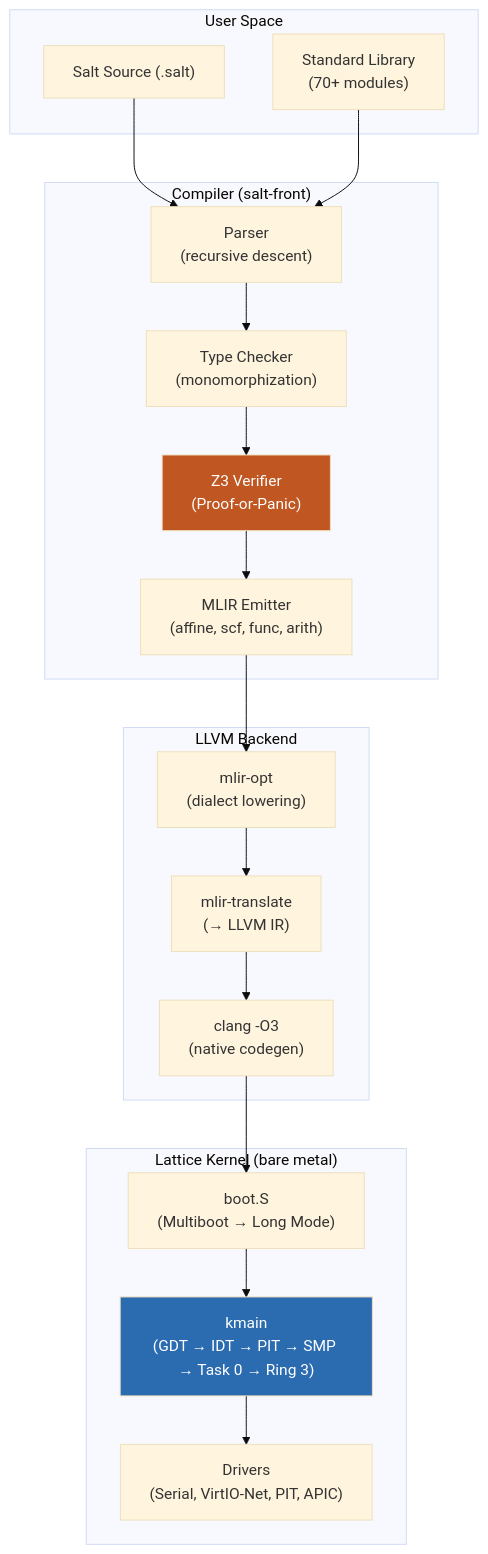
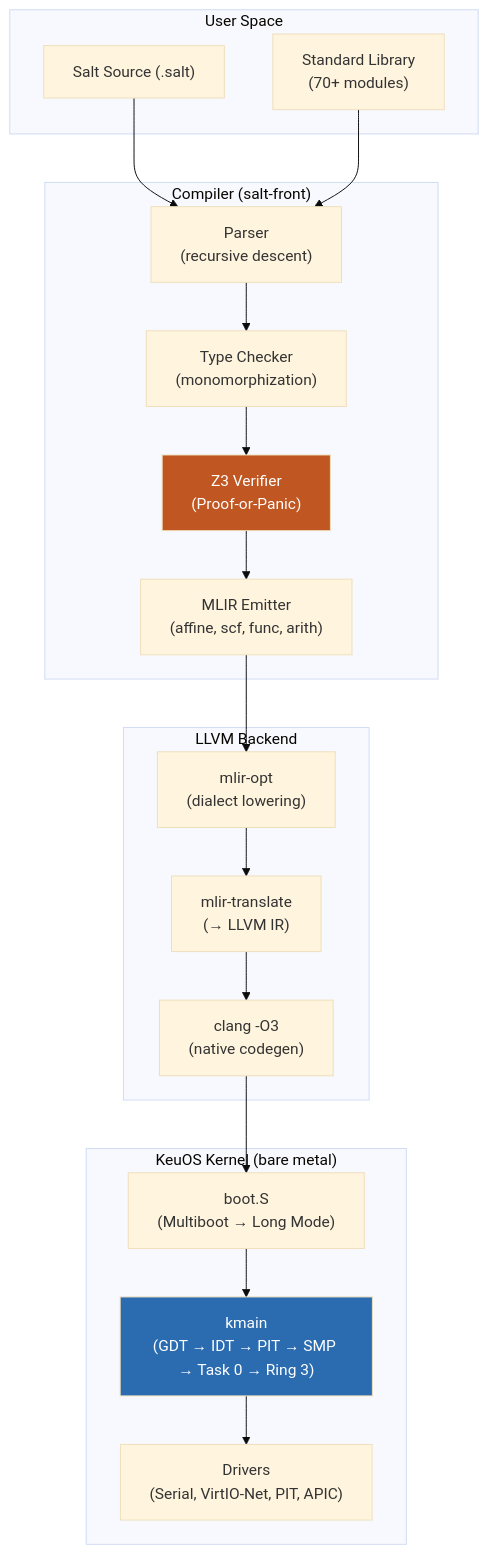
The first of 10 diagrams in docs/ARCH.md (bneb/lattice), drawn with Mermaid (base theme) before and after one commit. The commit also changed other lines of this file and 114 other files, not shown here.

Commit message:
chore: migrate project name from Lattice to KeuOS

````diff
--- a/docs/ARCH.md
+++ b/docs/ARCH.md
@@ -30,33 +30,33 @@
 ```mermaid
 graph TD
     subgraph "User Space"
         A["Salt Source (.salt)"]
         B["Standard Library<br/>(70+ modules)"]
     end
     
     subgraph "Compiler (salt-front)"
         C["Parser<br/>(recursive descent)"]
         D["Type Checker<br/>(monomorphization)"]
         E["Z3 Verifier<br/>(Proof-or-Panic)"]
         F["MLIR Emitter<br/>(affine, scf, func, arith)"]
     end
     
     subgraph "LLVM Backend"
         G["mlir-opt<br/>(dialect lowering)"]
         H["mlir-translate<br/>(→ LLVM IR)"]
         I["clang -O3<br/>(native codegen)"]
     end
     
-    subgraph "Lattice Kernel (bare metal)"
+    subgraph "KeuOS Kernel (bare metal)"
         J["boot.S<br/>(Multiboot → Long Mode)"]
         K["kmain<br/>(GDT → IDT → PIT → SMP → Task 0 → Ring 3)"]
         L["Drivers<br/>(Serial, VirtIO-Net, PIT, APIC)"]
     end
 
     A --> C --> D --> E --> F --> G --> H --> I
     B --> C
     I --> J --> K --> L
     
     style E fill:#c05621,color:#fff
     style K fill:#2b6cb0,color:#fff
 ```
````
